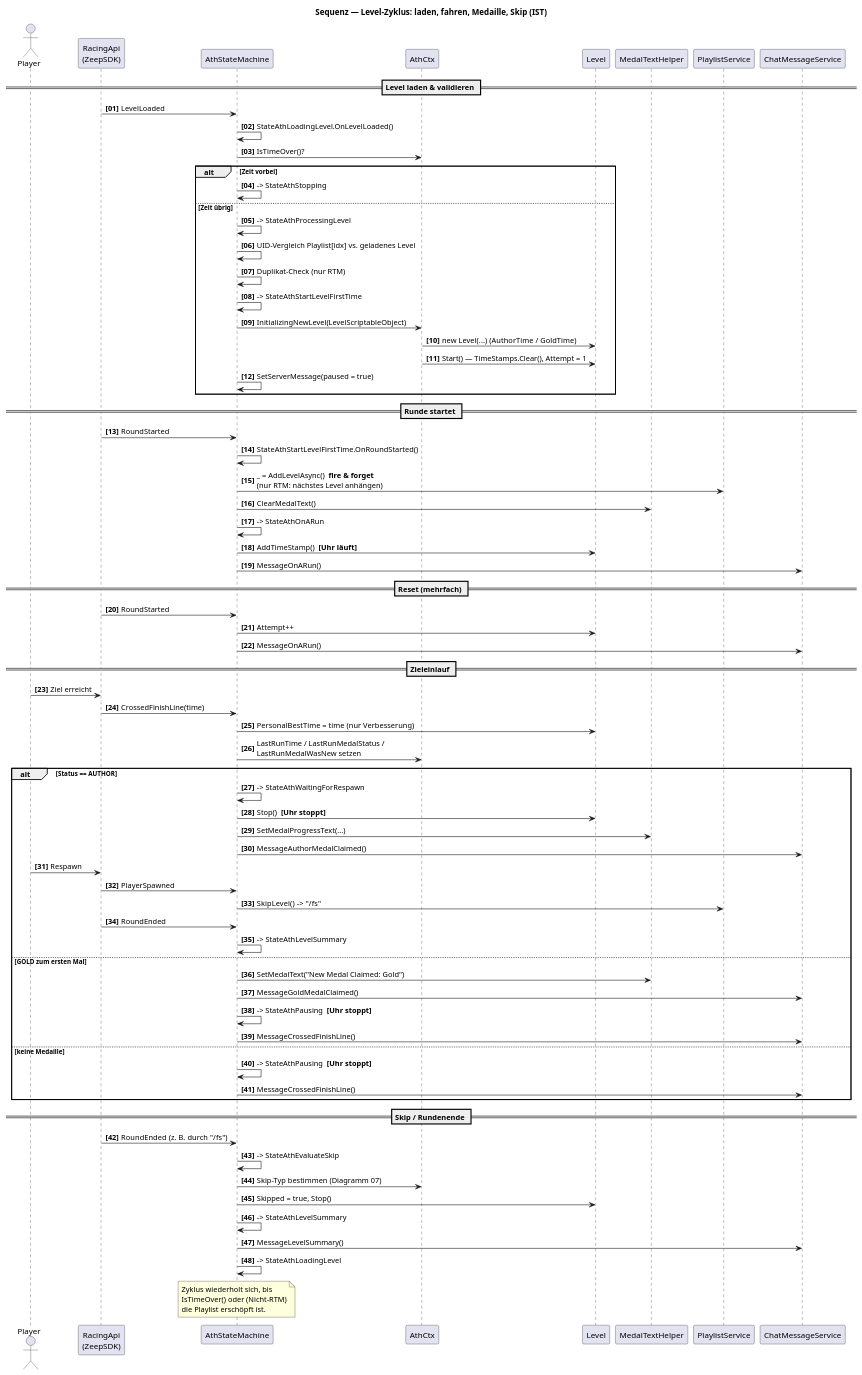
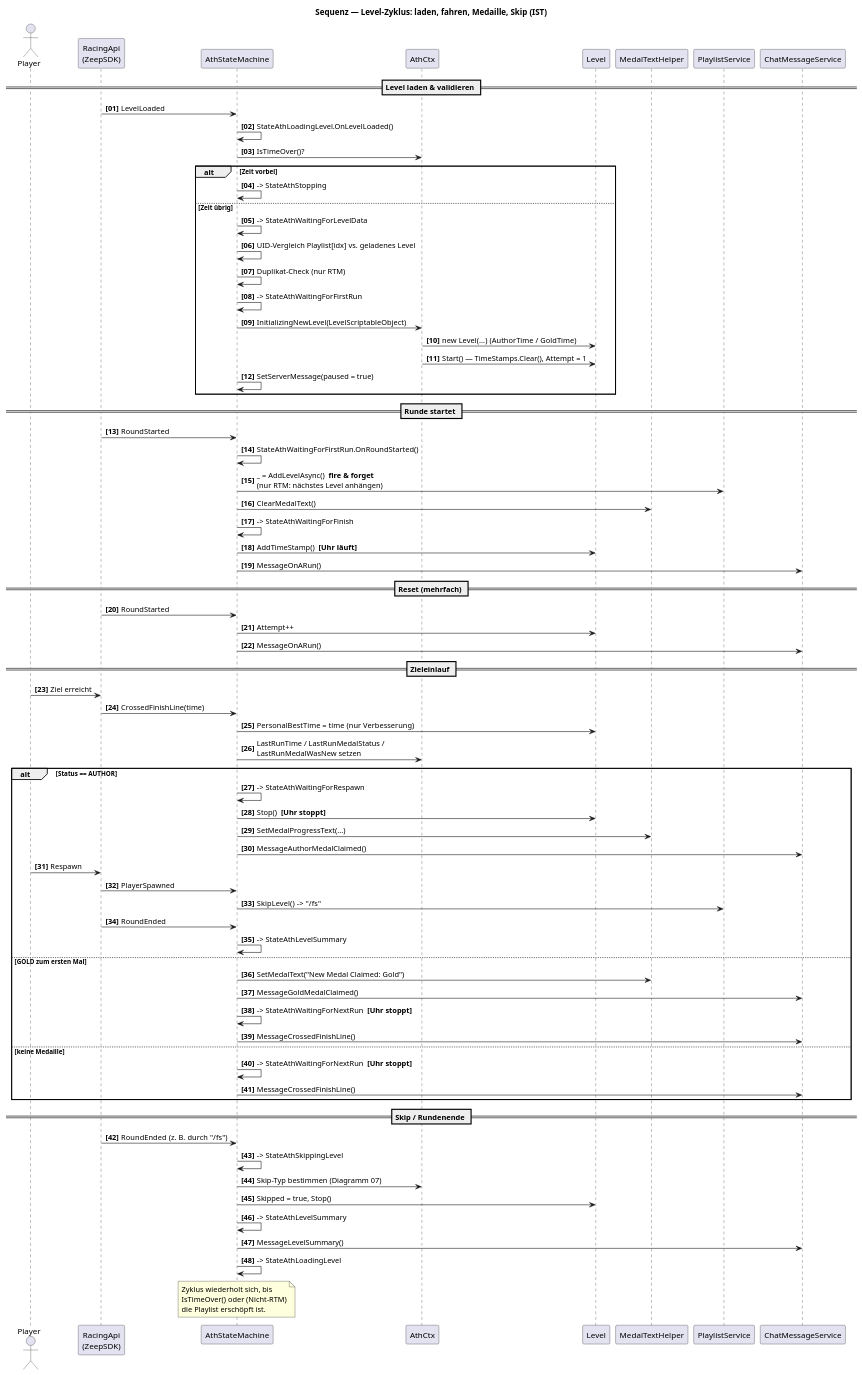
Before and after one commit to YoloDevDE/Zeepkist-ATH: the diagram in docs/diagrams/06-sequence-level-cycle.puml, drawn with PlantUML. The commit also changed 106 other files, not shown here.

First line of the commit message:
Rebuild the in-game UI around the run, and stop a restart eating the level pool

```diff
--- a/docs/diagrams/06-sequence-level-cycle.puml
+++ b/docs/diagrams/06-sequence-level-cycle.puml
@@ -1,88 +1,88 @@
 @startuml 06-sequence-level-cycle
 title Sequenz — Level-Zyklus: laden, fahren, Medaille, Skip (IST)
 
 skinparam shadowing false
 autonumber "<b>[00]"
 
 actor Player
 participant "RacingApi\n(ZeepSDK)" as Racing
 participant "AthStateMachine" as ASM
 participant "AthCtx" as Ctx
 participant "Level" as Lvl
 participant "MedalTextHelper" as MTH
 participant "PlaylistService" as PS
 participant "ChatMessageService" as CMS
 
 == Level laden & validieren ==
 Racing -> ASM : LevelLoaded
 ASM -> ASM : StateAthLoadingLevel.OnLevelLoaded()
 ASM -> Ctx : IsTimeOver()?
 alt Zeit vorbei
   ASM -> ASM : -> StateAthStopping
 else Zeit übrig
-  ASM -> ASM : -> StateAthProcessingLevel
+  ASM -> ASM : -> StateAthWaitingForLevelData
   ASM -> ASM : UID-Vergleich Playlist[idx] vs. geladenes Level
   ASM -> ASM : Duplikat-Check (nur RTM)
-  ASM -> ASM : -> StateAthStartLevelFirstTime
+  ASM -> ASM : -> StateAthWaitingForFirstRun
   ASM -> Ctx : InitializingNewLevel(LevelScriptableObject)
   Ctx -> Lvl : new Level(...)  (AuthorTime / GoldTime)
   Ctx -> Lvl : Start() — TimeStamps.Clear(), Attempt = 1
   ASM -> ASM : SetServerMessage(paused = true)
 end
 
 == Runde startet ==
 Racing -> ASM : RoundStarted
-ASM -> ASM : StateAthStartLevelFirstTime.OnRoundStarted()
+ASM -> ASM : StateAthWaitingForFirstRun.OnRoundStarted()
 ASM -> PS : _ = AddLevelAsync()  <b>fire & forget</b>\n(nur RTM: nächstes Level anhängen)
 ASM -> MTH : ClearMedalText()
-ASM -> ASM : -> StateAthOnARun
+ASM -> ASM : -> StateAthWaitingForFinish
 ASM -> Lvl : AddTimeStamp()  <b>[Uhr läuft]</b>
 ASM -> CMS : MessageOnARun()
 
 == Reset (mehrfach) ==
 Racing -> ASM : RoundStarted
 ASM -> Lvl : Attempt++
 ASM -> CMS : MessageOnARun()
 
 == Zieleinlauf ==
 Player -> Racing : Ziel erreicht
 Racing -> ASM : CrossedFinishLine(time)
 ASM -> Lvl : PersonalBestTime = time  (nur Verbesserung)
 ASM -> Ctx : LastRunTime / LastRunMedalStatus /\nLastRunMedalWasNew setzen
 
 alt Status == AUTHOR
   ASM -> ASM : -> StateAthWaitingForRespawn
   ASM -> Lvl : Stop()  <b>[Uhr stoppt]</b>
   ASM -> MTH : SetMedalProgressText(...)
   ASM -> CMS : MessageAuthorMedalClaimed()
   Player -> Racing : Respawn
   Racing -> ASM : PlayerSpawned
   ASM -> PS : SkipLevel()  -> "/fs"
   Racing -> ASM : RoundEnded
   ASM -> ASM : -> StateAthLevelSummary
 else GOLD zum ersten Mal
   ASM -> MTH : SetMedalText("New Medal Claimed: Gold")
   ASM -> CMS : MessageGoldMedalClaimed()
-  ASM -> ASM : -> StateAthPausing  <b>[Uhr stoppt]</b>
+  ASM -> ASM : -> StateAthWaitingForNextRun  <b>[Uhr stoppt]</b>
   ASM -> CMS : MessageCrossedFinishLine()
 else keine Medaille
-  ASM -> ASM : -> StateAthPausing  <b>[Uhr stoppt]</b>
+  ASM -> ASM : -> StateAthWaitingForNextRun  <b>[Uhr stoppt]</b>
   ASM -> CMS : MessageCrossedFinishLine()
 end
 
 == Skip / Rundenende ==
 Racing -> ASM : RoundEnded  (z. B. durch "/fs")
-ASM -> ASM : -> StateAthEvaluateSkip
+ASM -> ASM : -> StateAthSkippingLevel
 ASM -> Ctx : Skip-Typ bestimmen (Diagramm 07)
 ASM -> Lvl : Skipped = true, Stop()
 ASM -> ASM : -> StateAthLevelSummary
 ASM -> CMS : MessageLevelSummary()
 ASM -> ASM : -> StateAthLoadingLevel
 
 note over ASM
   Zyklus wiederholt sich, bis
   IsTimeOver() oder (Nicht-RTM)
   die Playlist erschöpft ist.
 end note
 
 @enduml
```
